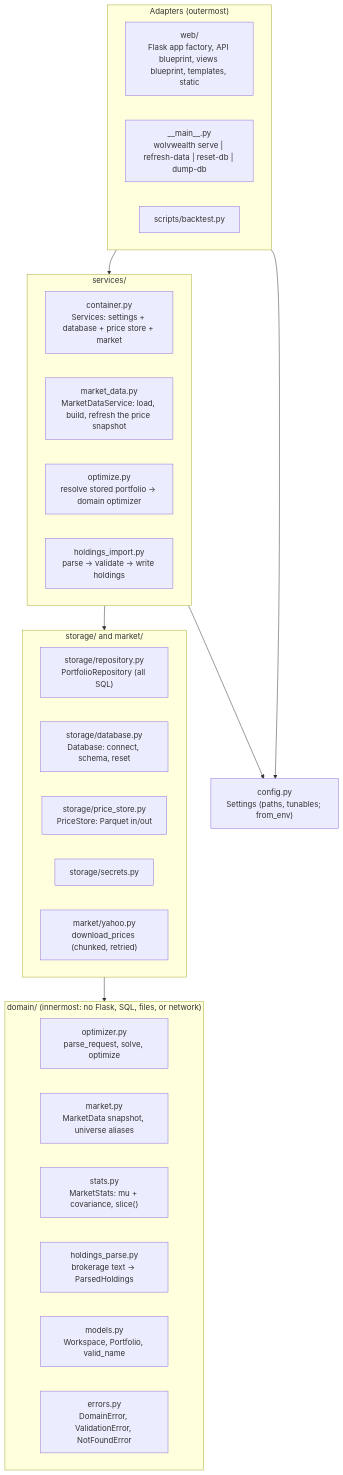
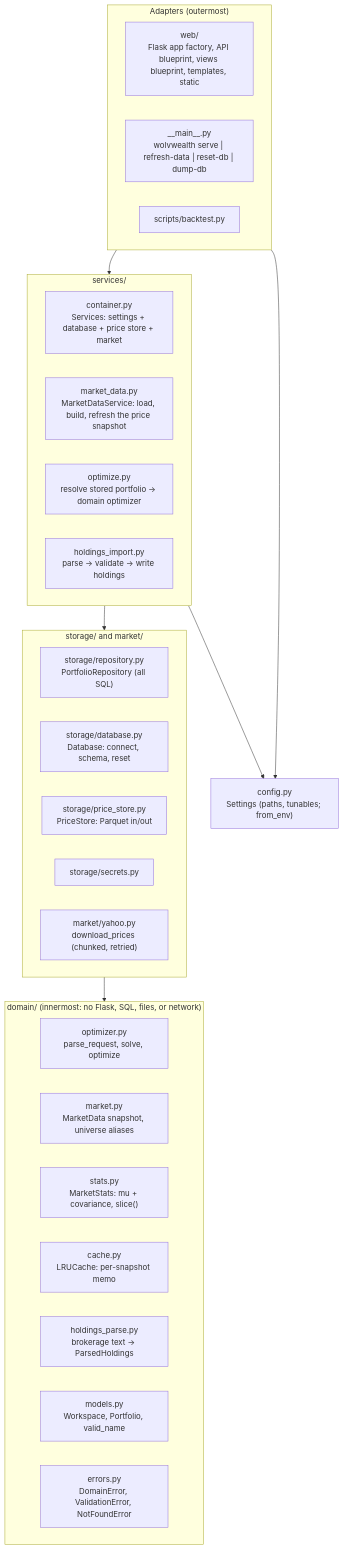
One commit to rramboer/WolvWealth changed the first of 9 diagrams in ARCHITECTURE.md. Above: the diagram before and after it, drawn with Mermaid. The commit also changed other lines of this file and 6 other files, not shown here.

First line of the commit message:
Memoize the max-Sharpe solve per price snapshot; fix the lookup paths feeding it

````diff
--- a/ARCHITECTURE.md
+++ b/ARCHITECTURE.md
@@ -25,34 +25,35 @@
 ```mermaid
 flowchart TB
     subgraph Outer["Adapters (outermost)"]
         WEB["web/<br/>Flask app factory, API blueprint, views blueprint, templates, static"]
         CLI["__main__.py<br/>wolvwealth serve | refresh-data | reset-db | dump-db"]
         BT["scripts/backtest.py"]
     end
     subgraph Svc["services/"]
         CONT["container.py<br/>Services: settings + database + price store + market"]
         MD["market_data.py<br/>MarketDataService: load, build, refresh the price snapshot"]
         OPT["optimize.py<br/>resolve stored portfolio -> domain optimizer"]
         IMP["holdings_import.py<br/>parse -> validate -> write holdings"]
     end
     subgraph Infra["storage/ and market/"]
         REPO["storage/repository.py<br/>PortfolioRepository (all SQL)"]
         DB["storage/database.py<br/>Database: connect, schema, reset"]
         PS["storage/price_store.py<br/>PriceStore: Parquet in/out"]
         SEC["storage/secrets.py"]
         YF["market/yahoo.py<br/>download_prices (chunked, retried)"]
     end
     subgraph Dom["domain/ (innermost: no Flask, SQL, files, or network)"]
         O["optimizer.py<br/>parse_request, solve, optimize"]
         M["market.py<br/>MarketData snapshot, universe aliases"]
         ST["stats.py<br/>MarketStats: mu + covariance, slice()"]
+        CA["cache.py<br/>LRUCache: per-snapshot memo"]
         HP["holdings_parse.py<br/>brokerage text -> ParsedHoldings"]
         MO["models.py<br/>Workspace, Portfolio, valid_name"]
         E["errors.py<br/>DomainError, ValidationError, NotFoundError"]
     end
     CFG["config.py<br/>Settings (paths, tunables; from_env)"]
 
     Outer --> Svc --> Infra --> Dom
     Svc --> CFG
     Outer --> CFG
 ```
````
